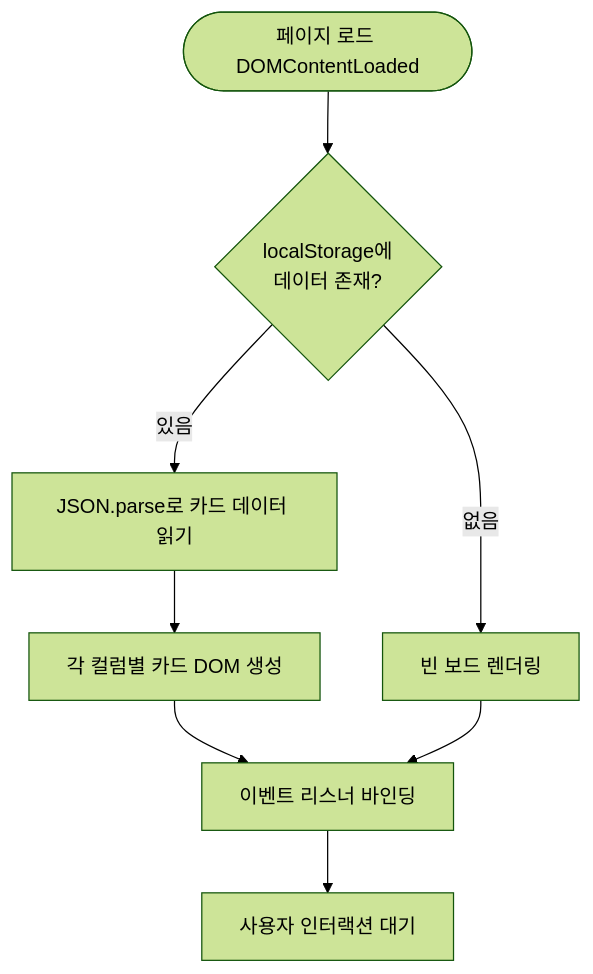
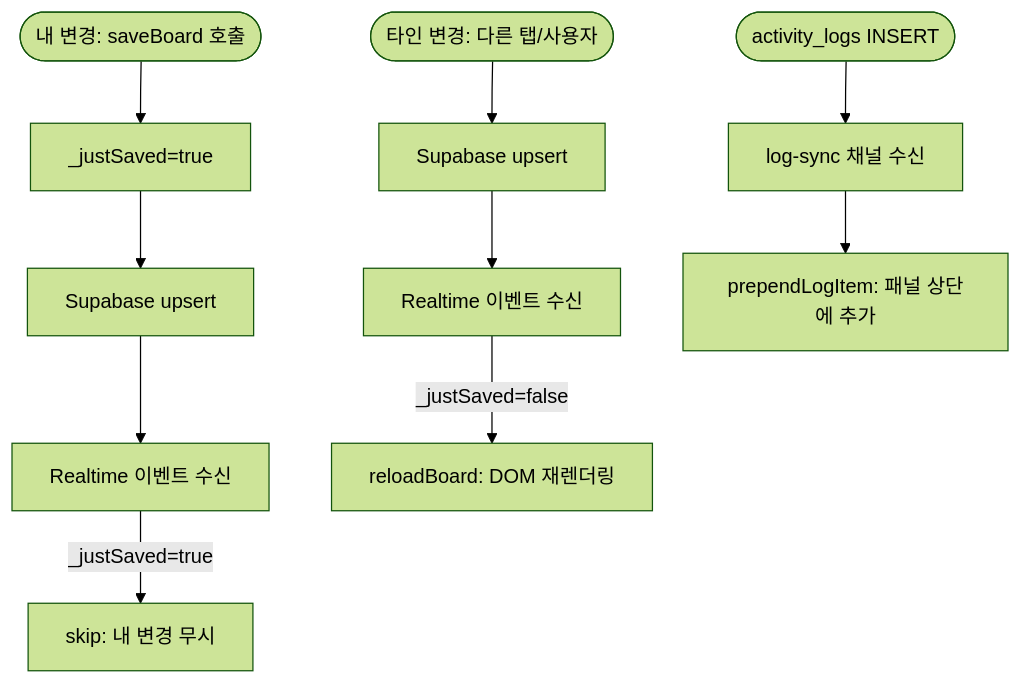
One commit to ikhanet/kosa_202605 changed the eighth of 8 diagrams in kanban/USER_FLOW.md. Above: the diagram before and after it, drawn with Mermaid (forest theme). The commit also changed other lines of this file and 13 other files, not shown here.

````diff
--- a/kanban/USER_FLOW.md
+++ b/kanban/USER_FLOW.md
@@ -90,13 +144,14 @@
 ```mermaid
 flowchart TD
-    A([페이지 로드 DOMContentLoaded]) --> B{localStorage에\n데이터 존재?}
+    A([내 변경: saveBoard 호출]) --> B[_justSaved=true]
+    B --> C[Supabase upsert]
+    C --> D[Realtime 이벤트 수신]
+    D -->|_justSaved=true| E[skip: 내 변경 무시]
 
-    B -->|있음| C[JSON.parse로 카드 데이터 읽기]
-    C --> D[각 컬럼별 카드 DOM 생성]
-    D --> E[이벤트 리스너 바인딩]
+    F([타인 변경: 다른 탭/사용자]) --> G[Supabase upsert]
+    G --> H[Realtime 이벤트 수신]
+    H -->|_justSaved=false| I[reloadBoard: DOM 재렌더링]
 
-    B -->|없음| F[빈 보드 렌더링]
-    F --> E
-
-    E --> G[사용자 인터랙션 대기]
+    J([activity_logs INSERT]) --> K[log-sync 채널 수신]
+    K --> L[prependLogItem: 패널 상단에 추가]
 ```
````
